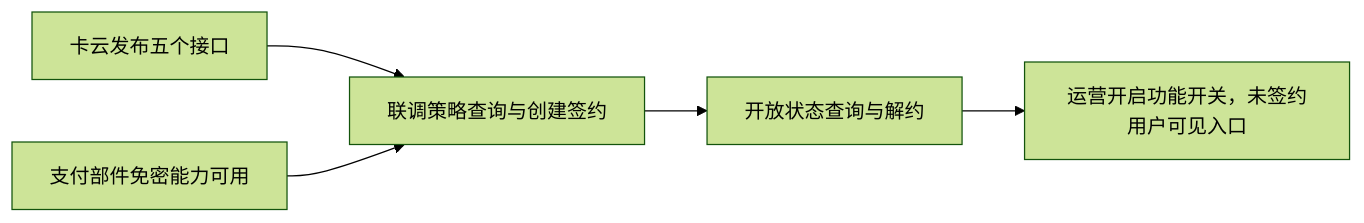
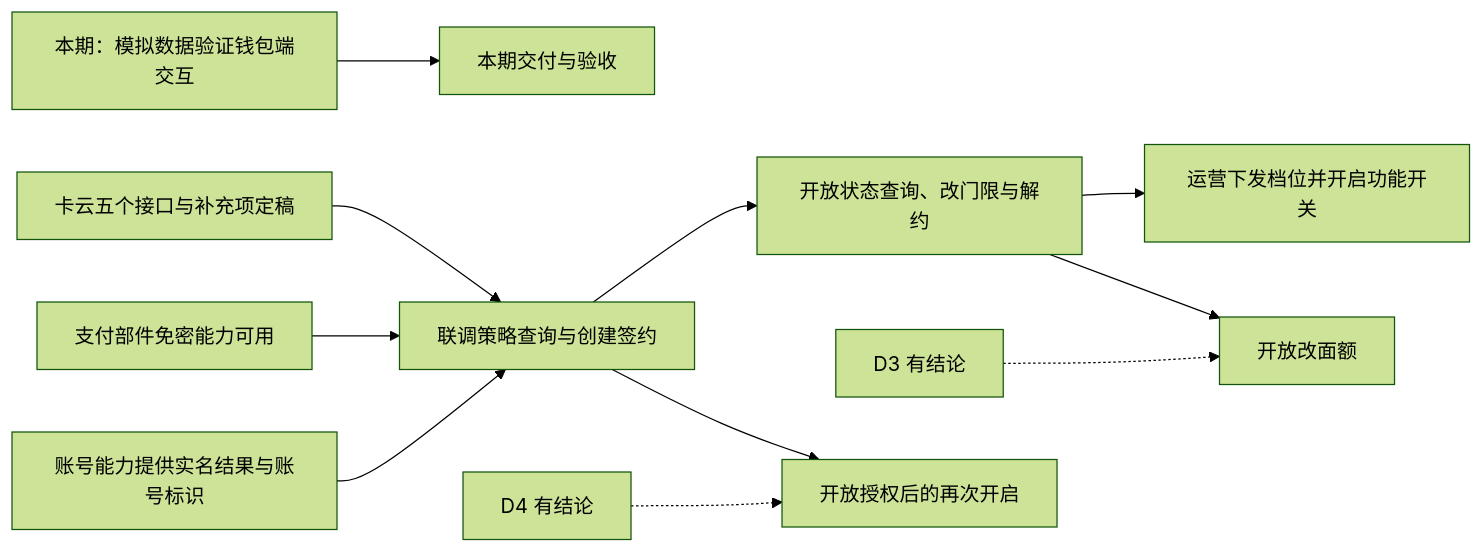
The sixth of 6 diagrams in doc/plan/1.9.9/金样候选/auto-topup/AR/story.md (sqsqsq/SimulatedWalletForHmos), drawn with Mermaid (forest theme) before and after one commit. The commit also changed other lines of this file and 20 other files, not shown here.

````diff
--- a/doc/plan/1.9.9/金样候选/auto-topup/AR/story.md
+++ b/doc/plan/1.9.9/金样候选/auto-topup/AR/story.md
@@ -453,7 +500,13 @@
 ```mermaid
 flowchart LR
-  I[卡云发布五个接口] --> A[联调策略查询与创建签约]
+  MOCK[本期：模拟数据验证钱包端交互] --> DLV[本期交付与验收]
+  I[卡云五个接口与补充项定稿] --> A[联调策略查询与创建签约]
   PAY[支付部件免密能力可用] --> A
-  A --> B[开放状态查询与解约]
-  B --> S[运营开启功能开关，未签约用户可见入口]
+  ACC[账号能力提供实名结果与账号标识] --> A
+  A --> B[开放状态查询、改门限与解约]
+  B --> S[运营下发档位并开启功能开关]
+  B --> AMT[开放改面额]
+  D3[D3 有结论] -.-> AMT
+  A --> RT[开放授权后的再次开启]
+  D4[D4 有结论] -.-> RT
 ```
````
